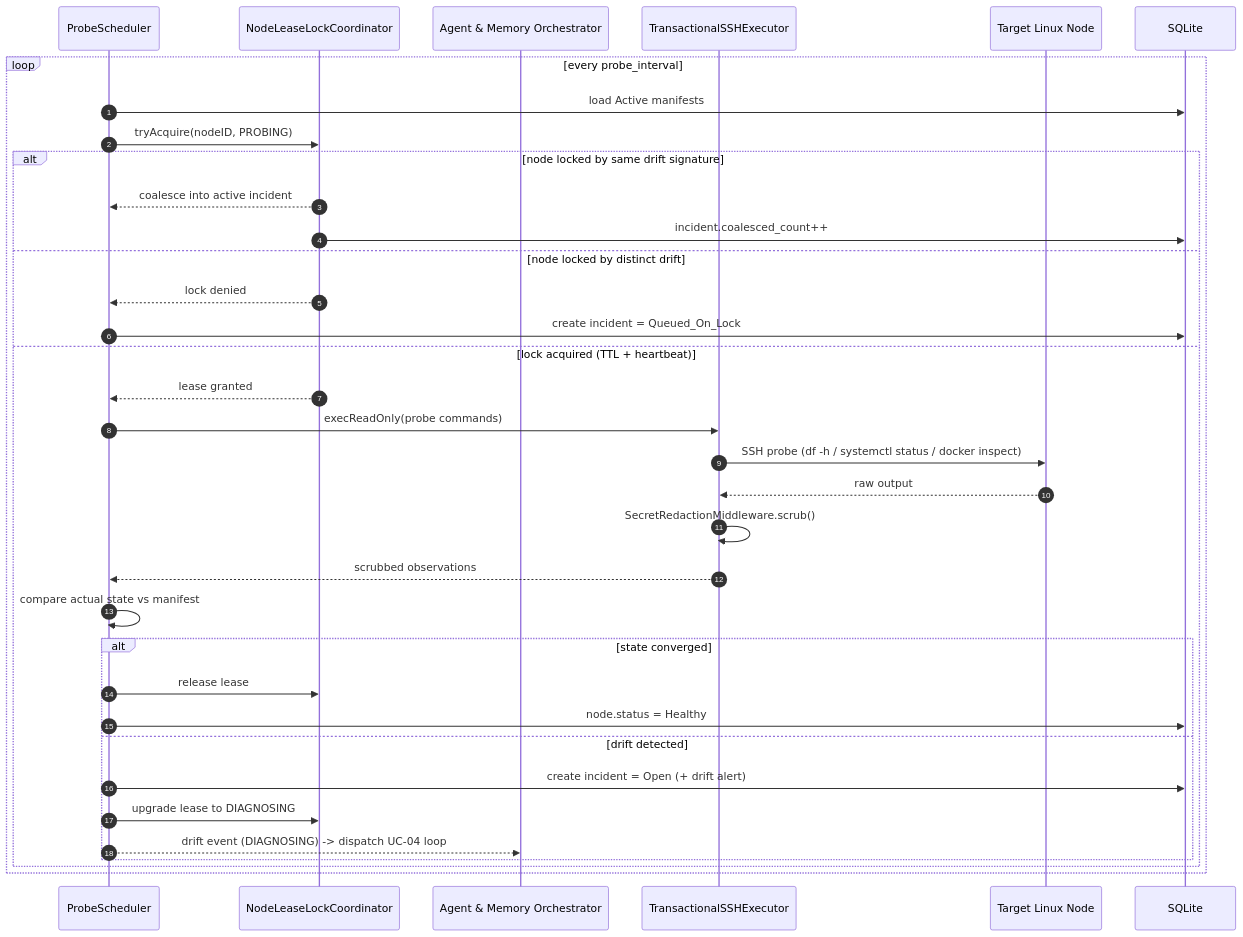
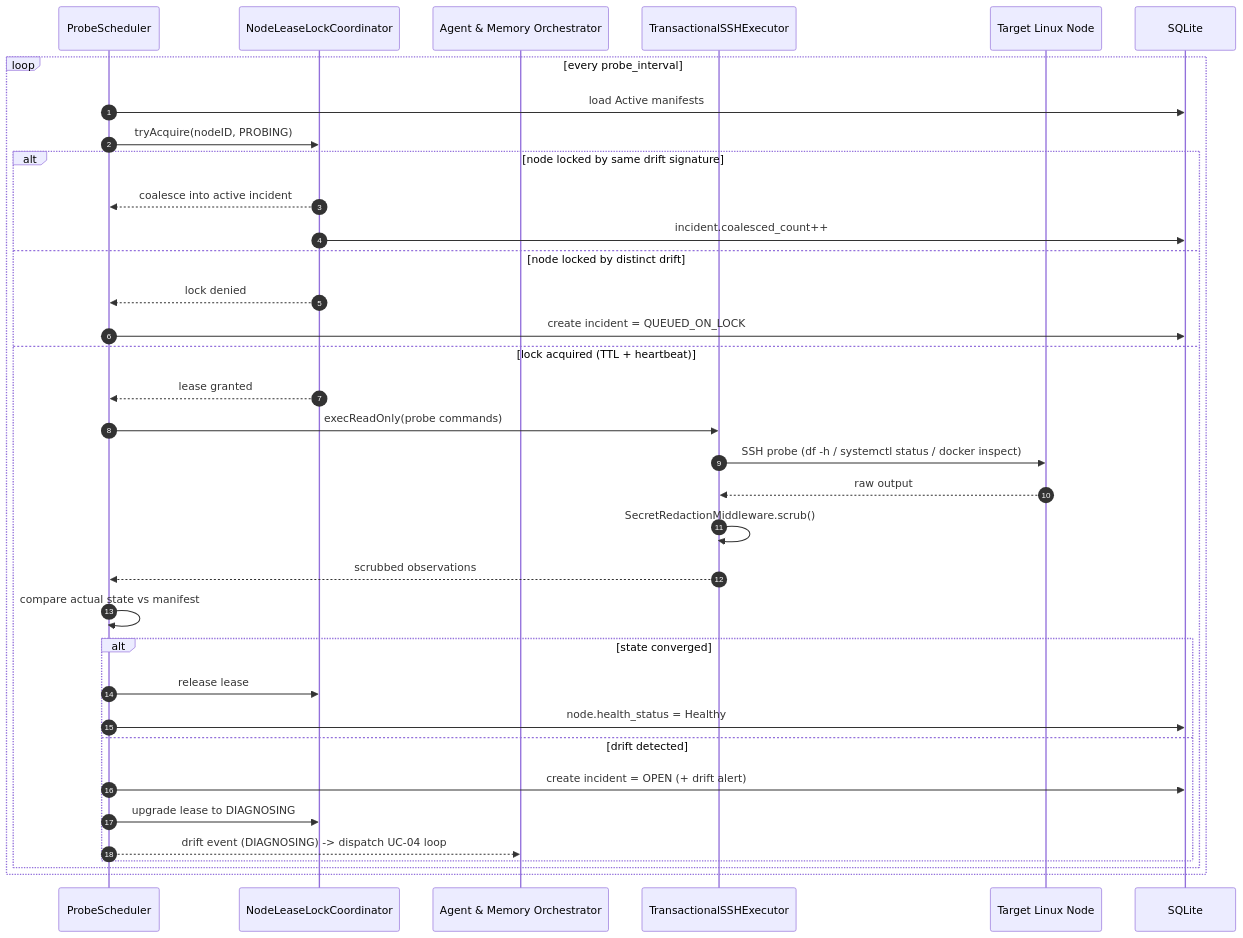
One commit to crane-fog/SAD-Proj changed the tenth of 15 diagrams in hw2/design.md. Above: the diagram before and after it, drawn with Mermaid. The commit also changed other lines of this file and 1 other file, not shown here.

````diff
--- a/hw2/design.md
+++ b/hw2/design.md
@@ -809,38 +828,38 @@
 ```mermaid
 sequenceDiagram
     autonumber
     participant S as ProbeScheduler
     participant C as NodeLeaseLockCoordinator
     participant AO as Agent & Memory Orchestrator
     participant E as TransactionalSSHExecutor
     participant N as Target Linux Node
     participant DB as SQLite
 
     loop every probe_interval
         S->>DB: load Active manifests
         S->>C: tryAcquire(nodeID, PROBING)
         alt node locked by same drift signature
             C-->>S: coalesce into active incident
             C->>DB: incident.coalesced_count++
         else node locked by distinct drift
             C-->>S: lock denied
-            S->>DB: create incident = Queued_On_Lock
+            S->>DB: create incident = QUEUED_ON_LOCK
         else lock acquired (TTL + heartbeat)
             C-->>S: lease granted
             S->>E: execReadOnly(probe commands)
             E->>N: SSH probe (df -h / systemctl status / docker inspect)
             N-->>E: raw output
             E->>E: SecretRedactionMiddleware.scrub()
             E-->>S: scrubbed observations
             S->>S: compare actual state vs manifest
             alt state converged
                 S->>C: release lease
-                S->>DB: node.status = Healthy
+                S->>DB: node.health_status = Healthy
             else drift detected
-                S->>DB: create incident = Open (+ drift alert)
+                S->>DB: create incident = OPEN (+ drift alert)
                 S->>C: upgrade lease to DIAGNOSING
                 S-->>AO: drift event (DIAGNOSING) -> dispatch UC-04 loop
             end
         end
     end
 ```
````
